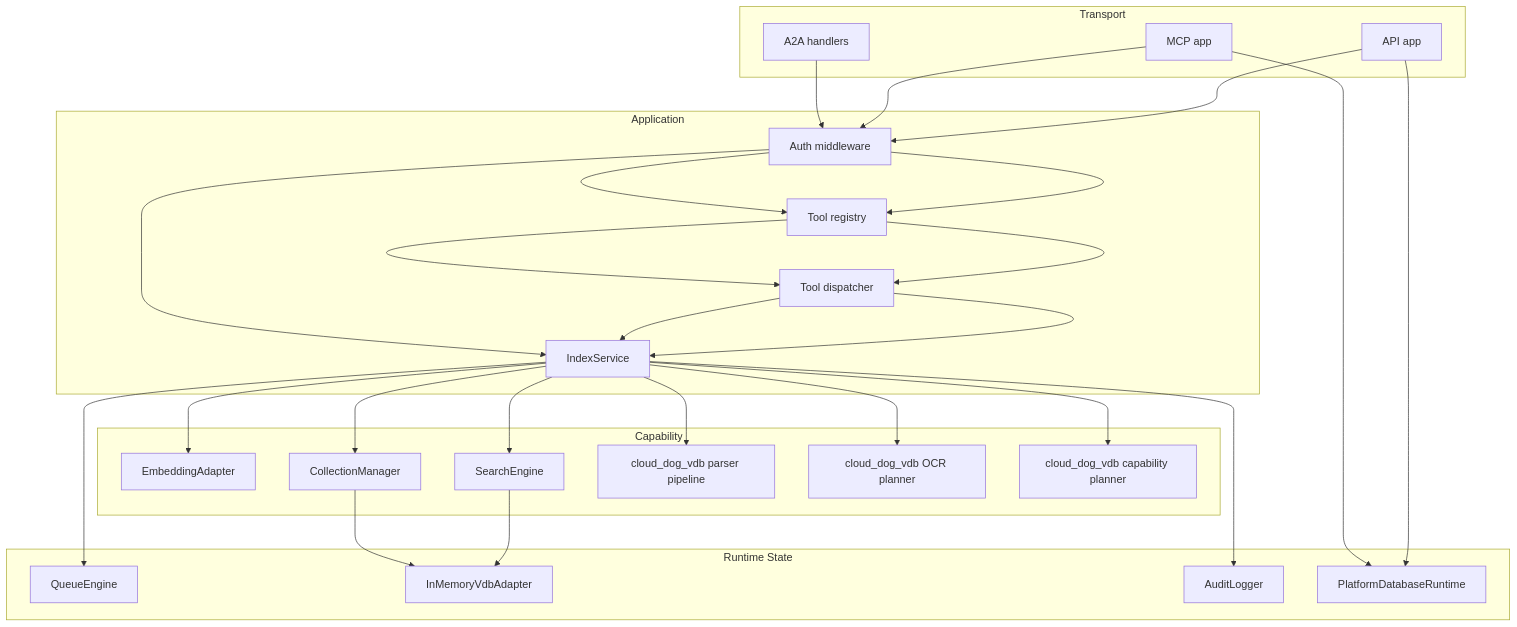
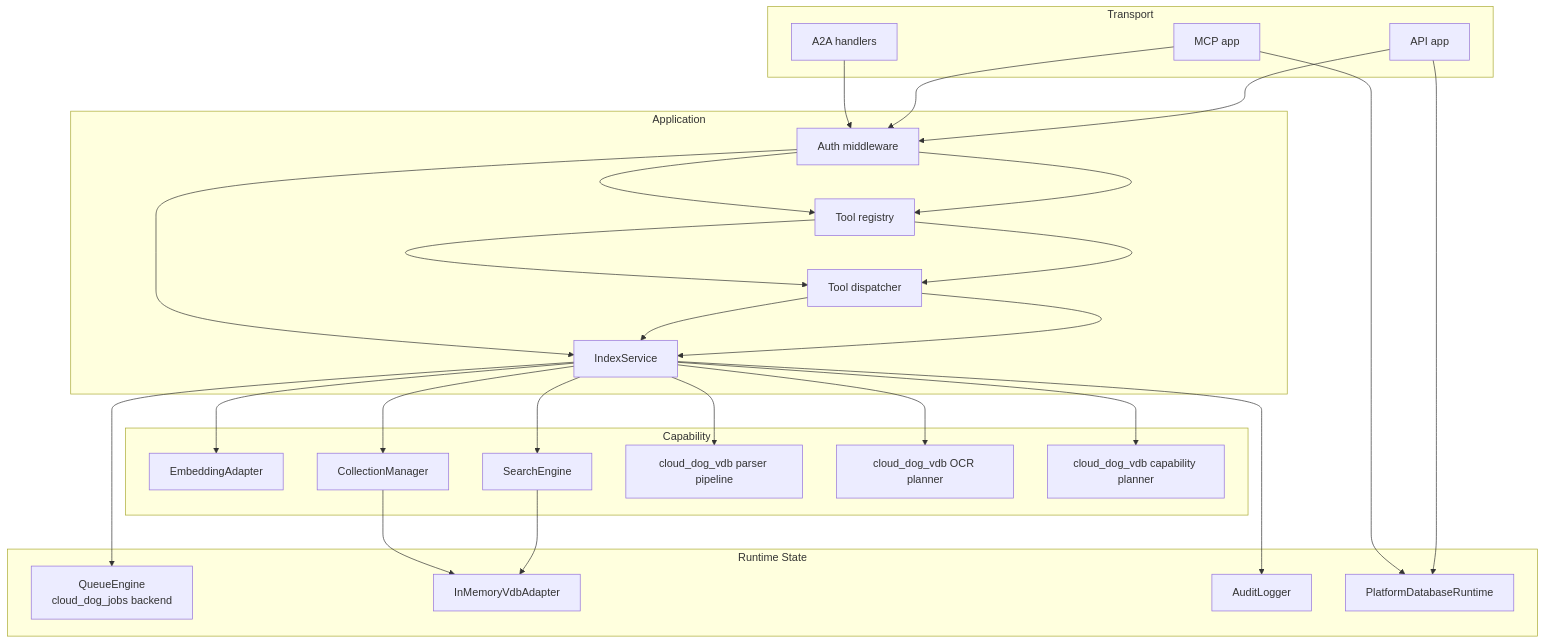
One commit to Cloud-Dog-AI/index-retriever-mcp-server changed the third of 4 diagrams in docs/ARCHITECTURE.md. Above: the diagram before and after it, drawn with Mermaid. The commit also changed other lines of this file and 21 other files, not shown here.

````diff
--- a/docs/ARCHITECTURE.md
+++ b/docs/ARCHITECTURE.md
@@ -169,48 +169,48 @@
 ```mermaid
 graph TB
     subgraph Transport
         API[API app]
         MCP[MCP app]
         A2A[A2A handlers]
     end
 
     subgraph Application
         AUTH[Auth middleware]
         REG[Tool registry]
         EXEC[Tool dispatcher]
         SVC[IndexService]
     end
 
     subgraph Capability
         EMB[EmbeddingAdapter]
         SEARCH[SearchEngine]
         COLL[CollectionManager]
         PARSE[cloud_dog_vdb parser pipeline]
         OCR[cloud_dog_vdb OCR planner]
         CAP[cloud_dog_vdb capability planner]
     end
 
     subgraph Runtime State
-        QUEUE[QueueEngine]
+        QUEUE[QueueEngine<br/>cloud_dog_jobs backend]
         VDB[InMemoryVdbAdapter]
         AUDIT[AuditLogger]
         DBRT[PlatformDatabaseRuntime]
     end
 
     API --> AUTH --> REG --> EXEC --> SVC
     MCP --> AUTH --> REG --> EXEC --> SVC
     A2A --> AUTH --> SVC
 
     SVC --> EMB
     SVC --> SEARCH
     SVC --> COLL
     SVC --> PARSE
     SVC --> OCR
     SVC --> CAP
     SVC --> QUEUE
     SEARCH --> VDB
     COLL --> VDB
     SVC --> AUDIT
     API --> DBRT
     MCP --> DBRT
 ```
````
